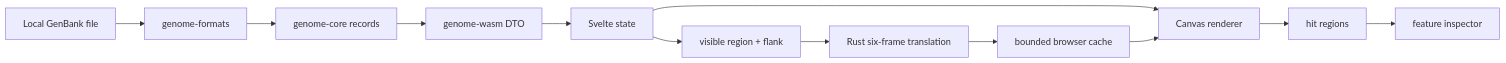
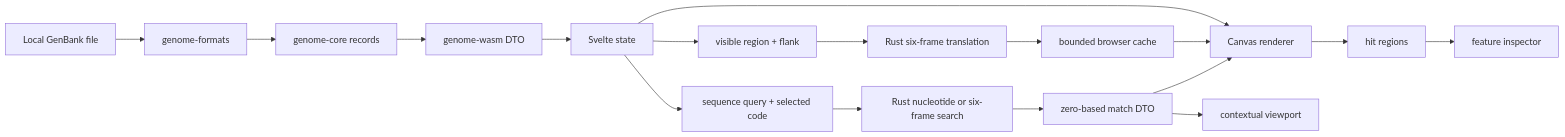
Before and after one commit to linsalrob/genbank_viewer: the diagram in docs/architecture.md, drawn with Mermaid. The commit also changed other lines of this file and 7 other files, not shown here.

````diff
--- a/docs/architecture.md
+++ b/docs/architecture.md
@@ -5,14 +5,19 @@
 ```mermaid
 flowchart LR
   File[Local GenBank file] --> Parser[genome-formats]
   Parser --> Core[genome-core records]
   Core --> DTO[genome-wasm DTO]
   DTO --> State[Svelte state]
   State --> Canvas[Canvas renderer]
   Canvas --> Hit[hit regions]
   Hit --> Inspector[feature inspector]
   State --> Region[visible region + flank]
   Region --> Translate[Rust six-frame translation]
   Translate --> Cache[bounded browser cache]
   Cache --> Canvas
+  State --> Query[sequence query + selected code]
+  Query --> Search[Rust nucleotide or six-frame search]
+  Search --> Match[zero-based match DTO]
+  Match --> Viewport[contextual viewport]
+  Match --> Canvas
 ```
````
